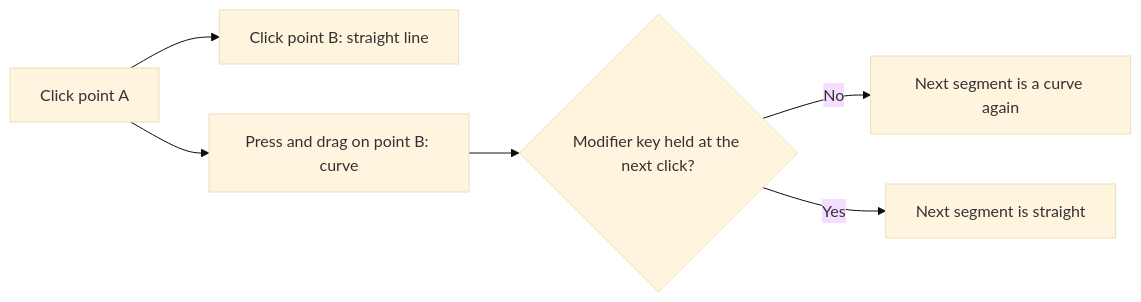
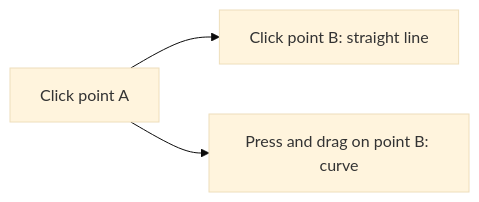
One commit to AlexandreGallais/synoptic-studio-spec changed the diagram in symbols/04-drawing-mode/pen.md. Above: the diagram before and after it, drawn with Mermaid (base theme). The commit also changed other lines of this file, not shown here.

First line of the commit message:
docs(symbols): pen gets a straight line button and an angle lock

````diff
--- a/symbols/04-drawing-mode/pen.md
+++ b/symbols/04-drawing-mode/pen.md
@@ -25,8 +21,5 @@
 ```mermaid
 flowchart LR
     A["Click point A"] --> B["Click point B: straight line"]
     A --> C["Press and drag on point B: curve"]
-    C --> D{"Modifier key held at the next click?"}
-    D -- "No" --> E["Next segment is a curve again"]
-    D -- "Yes" --> F["Next segment is straight"]
 ```
````
